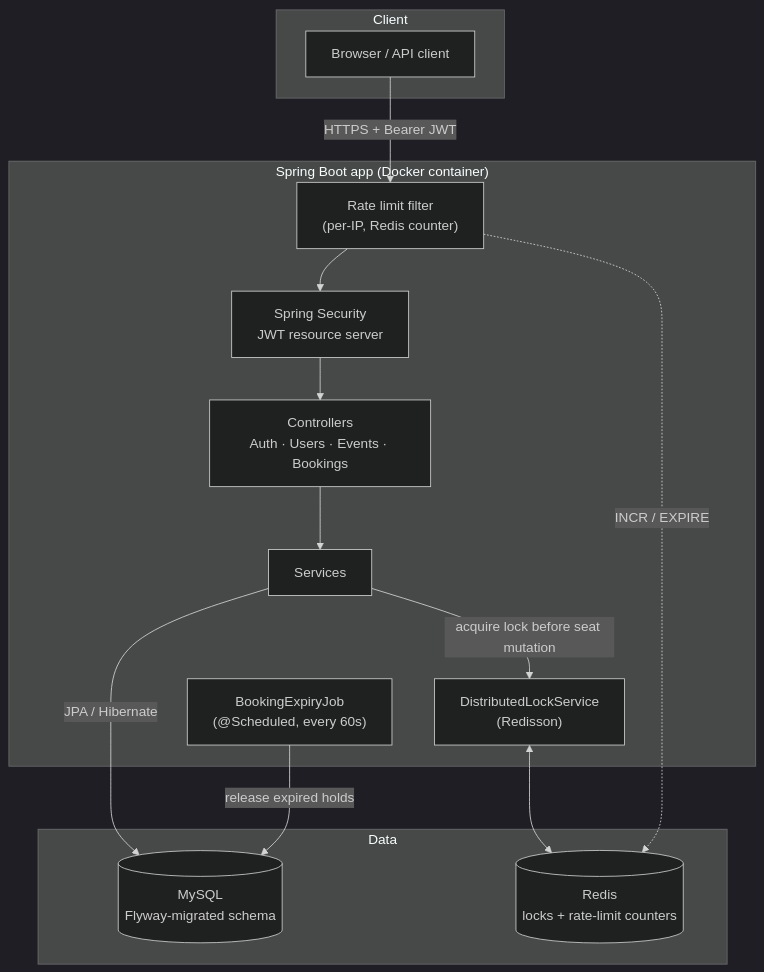
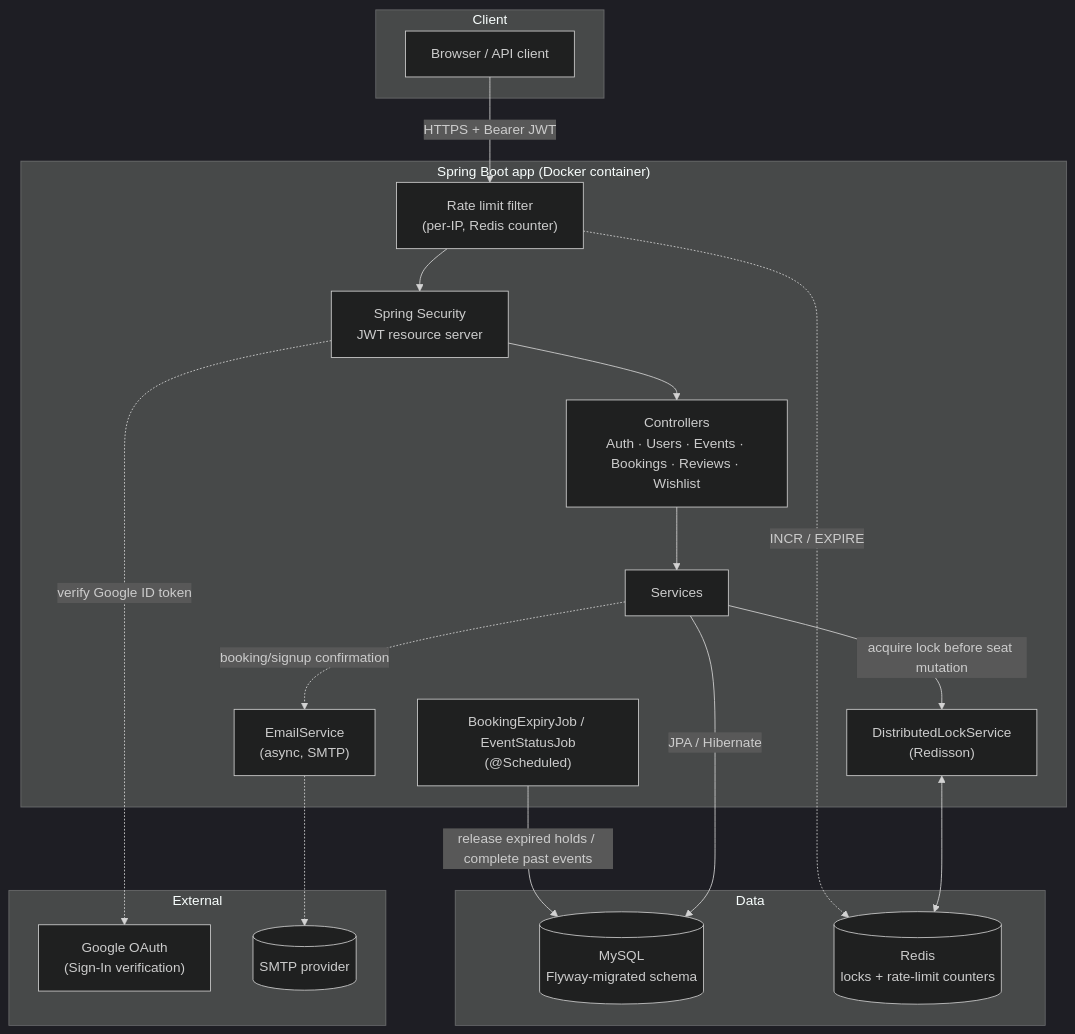
One commit to vishal-sde/eventbooking changed the diagram in README.md. Above: the diagram before and after it, drawn with Mermaid (dark theme). The commit also changed other lines of this file, not shown here.

````diff
--- a/README.md
+++ b/README.md
@@ -28,30 +29,39 @@
 ```mermaid
 flowchart TB
     subgraph Client
         UI["Browser / API client"]
     end
 
     subgraph App["Spring Boot app (Docker container)"]
         SEC["Spring Security<br/>JWT resource server"]
         RL["Rate limit filter<br/>(per-IP, Redis counter)"]
-        CTRL["Controllers<br/>Auth · Users · Events · Bookings"]
+        CTRL["Controllers<br/>Auth · Users · Events · Bookings · Reviews · Wishlist"]
         SVC["Services"]
         LOCK["DistributedLockService<br/>(Redisson)"]
-        JOB["BookingExpiryJob<br/>(@Scheduled, every 60s)"]
+        JOB["BookingExpiryJob / EventStatusJob<br/>(@Scheduled)"]
+        MAIL["EmailService<br/>(async, SMTP)"]
+    end
+
+    subgraph External
+        GOOGLE["Google OAuth<br/>(Sign-In verification)"]
+        SMTP[("SMTP provider")]
     end
 
     subgraph Data
         MYSQL[("MySQL<br/>Flyway-migrated schema")]
         REDIS[("Redis<br/>locks + rate-limit counters")]
     end
 
     UI -->|"HTTPS + Bearer JWT"| RL
     RL --> SEC
+    SEC -.->|"verify Google ID token"| GOOGLE
     SEC --> CTRL
     CTRL --> SVC
     SVC -->|"acquire lock before seat mutation"| LOCK
     LOCK <--> REDIS
     RL -.->|"INCR / EXPIRE"| REDIS
     SVC -->|"JPA / Hibernate"| MYSQL
-    JOB -->|"release expired holds"| MYSQL
+    SVC -.->|"booking/signup confirmation"| MAIL
+    MAIL -.-> SMTP
+    JOB -->|"release expired holds / complete past events"| MYSQL
 ```
````
